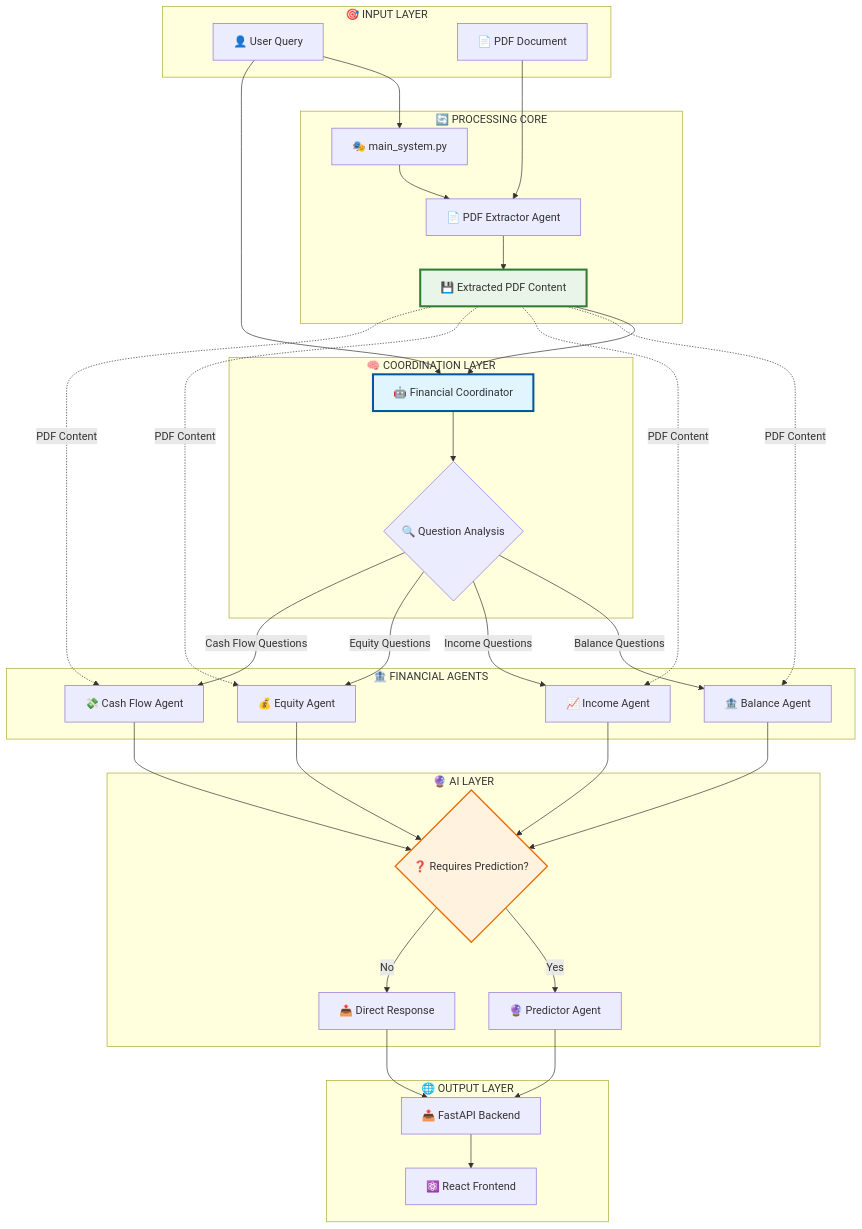
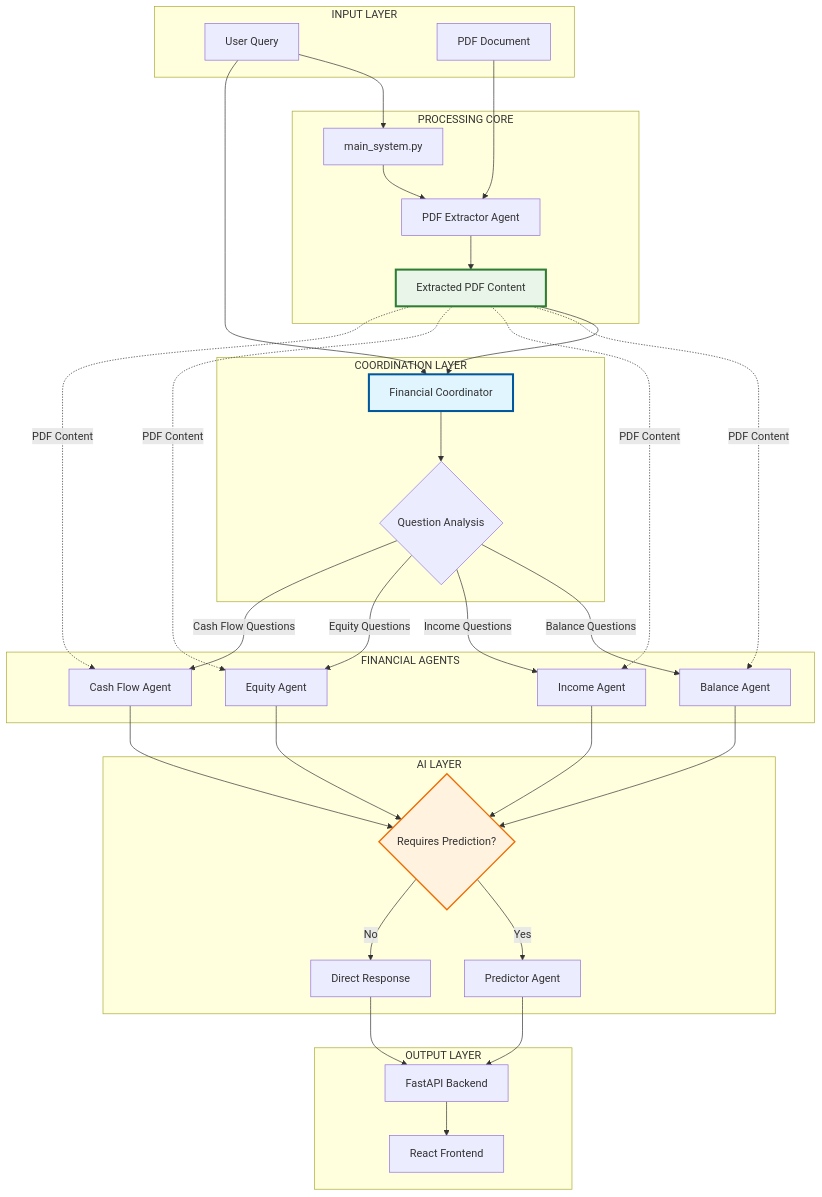
The diagram in README.md (rociosolis12/agent_LLM), drawn with Mermaid before and after one commit. The commit also changed other lines of this file and 6 other files, not shown here.

````diff
--- a/README.md
+++ b/README.md
@@ -51,68 +51,68 @@
 ```mermaid
 graph TB
-    subgraph "🎯 INPUT LAYER"
-        A[👤 User Query]
-        B[📄 PDF Document]
+    subgraph " INPUT LAYER"
+        A[ User Query]
+        B[ PDF Document]
     end
     
-    subgraph "🔄 PROCESSING CORE"
-        C[🎭 main_system.py]
-        D[📄 PDF Extractor Agent]
-        E[💾 Extracted PDF Content]
+    subgraph " PROCESSING CORE"
+        C[ main_system.py]
+        D[ PDF Extractor Agent]
+        E[ Extracted PDF Content]
     end
     
-    subgraph "🧠 COORDINATION LAYER"
-        F[🤖 Financial Coordinator]
-        G{🔍 Question Analysis}
+    subgraph " COORDINATION LAYER"
+        F[ Financial Coordinator]
+        G{ Question Analysis}
     end
     
-    subgraph "🏦 FINANCIAL AGENTS"
-        G -->|Balance Questions| H[🏦 Balance Agent]
-        G -->|Income Questions| I[📈 Income Agent]
-        G -->|Equity Questions| J[💰 Equity Agent]
-        G -->|Cash Flow Questions| K[💸 Cash Flow Agent]
+    subgraph " FINANCIAL AGENTS"
+        G -->|Balance Questions| H[ Balance Agent]
+        G -->|Income Questions| I[ Income Agent]
+        G -->|Equity Questions| J[ Equity Agent]
+        G -->|Cash Flow Questions| K[ Cash Flow Agent]
     end
     
-    subgraph "🔮 AI LAYER"
-        L{❓ Requires Prediction?}
-        M[🔮 Predictor Agent]
-        N[📤 Direct Response]
+    subgraph " AI LAYER"
+        L{ Requires Prediction?}
+        M[ Predictor Agent]
+        N[ Direct Response]
     end
     
-    subgraph "🌐 OUTPUT LAYER"
-        O[📤 FastAPI Backend]
-        P[⚛️ React Frontend]
+    subgraph " OUTPUT LAYER"
+        O[ FastAPI Backend]
+        P[ React Frontend]
     end
     
     %% Flujo principal
     A --> C
     B --> D
     C --> D
     D --> E
     E --> F
     A --> F
     F --> G
     
     %% Los agentes usan el PDF extraído como input
     E -.->|PDF Content| H
     E -.->|PDF Content| I
     E -.->|PDF Content| J
     E -.->|PDF Content| K
     
     %% Decisión de predicción
     H --> L
     I --> L
     J --> L
     K --> L
     
     %% Flujo condicional
     L -->|Yes| M
     L -->|No| N
     M --> O
     N --> O
     O --> P
     
     style E fill:#e8f5e8,stroke:#2e7d32,stroke-width:3px
     style F fill:#e1f5fe,stroke:#01579b,stroke-width:3px
     style L fill:#fff3e0,stroke:#ef6c00,stroke-width:2px
 ```
````
